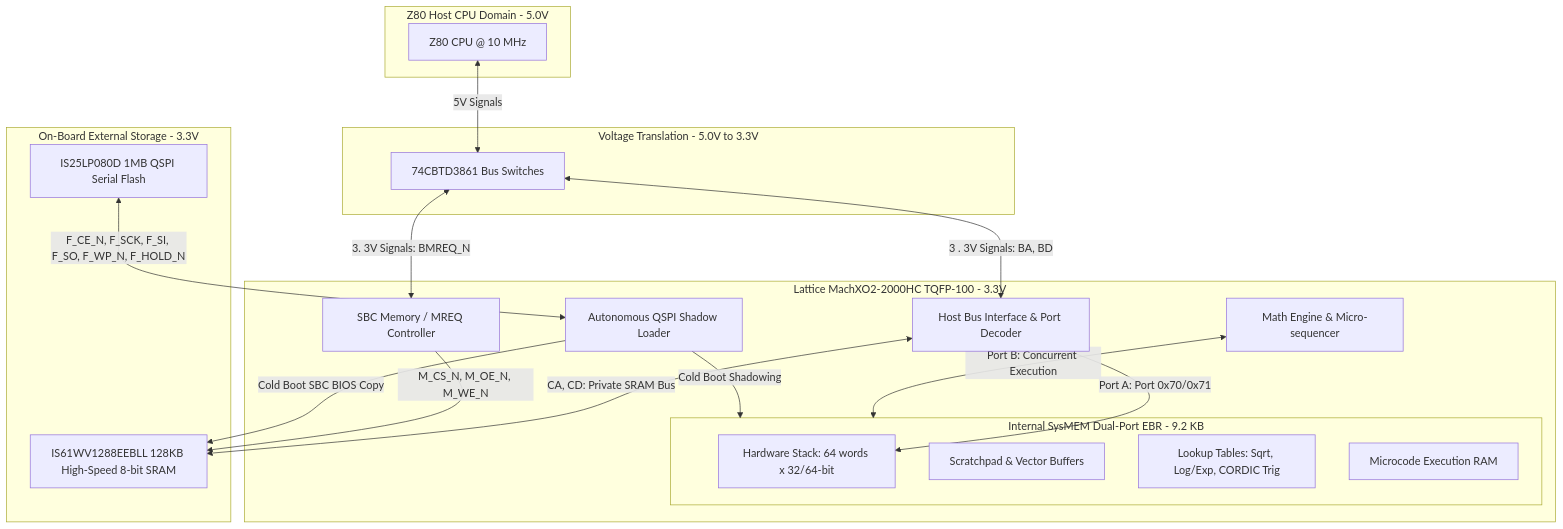
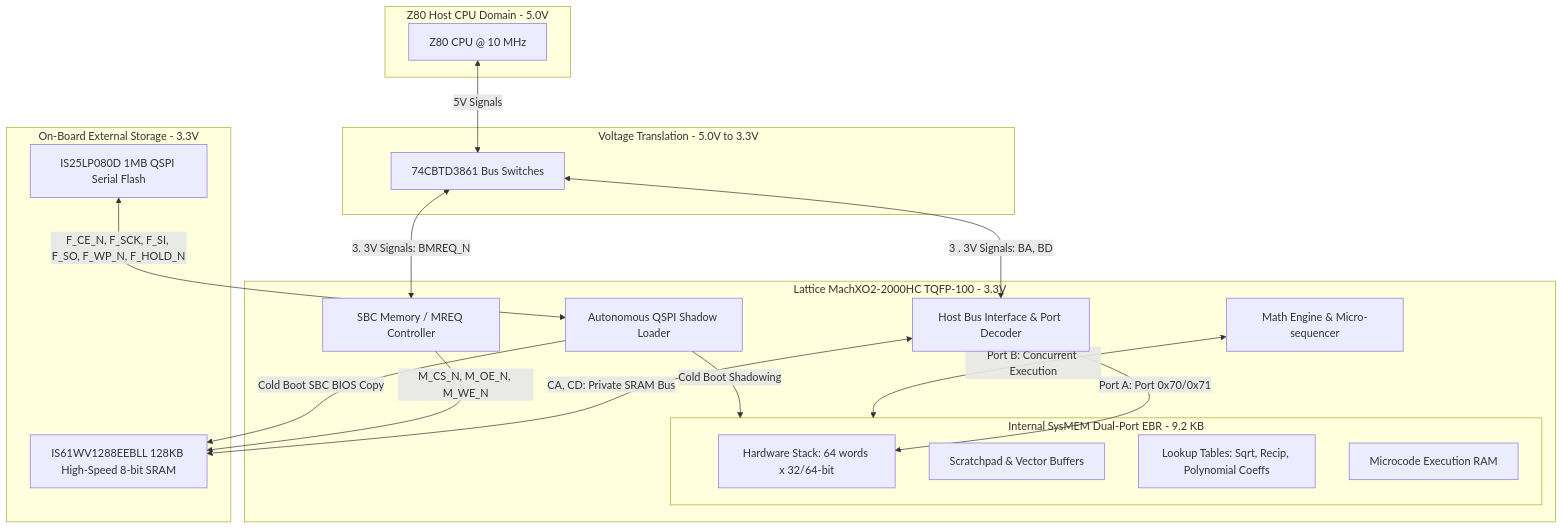
Before and after one commit to mmosko/Zx50_FPU: the diagram in FPU_REV2.md, drawn with Mermaid. The commit also changed other lines of this file and 10 other files, not shown here.

````diff
--- a/FPU_REV2.md
+++ b/FPU_REV2.md
@@ -20,39 +20,39 @@
 ```mermaid
 graph TD
 subgraph HostDomain [Z80 Host CPU Domain - 5.0V]
 Z80[Z80 CPU @ 10 MHz]
 end
 
 subgraph LevelShifters [Voltage Translation - 5.0V to 3.3V]
 CBT[74CBTD3861 Bus Switches]
 end
 
 subgraph FPGASubsystem [Lattice MachXO2-2000HC TQFP-100 - 3.3V]
 HostIF[Host Bus Interface & Port Decoder]
 MMU[SBC Memory / MREQ Controller]
 subgraph SysMEM [Internal SysMEM Dual-Port EBR - 9.2 KB]
 Stack[Hardware Stack: 64 words x 32/64-bit]
 Scratch[Scratchpad & Vector Buffers]
-LUTs[Lookup Tables: Sqrt, Log/Exp, CORDIC Trig]
+LUTs[Lookup Tables: Sqrt, Recip, Polynomial Coeffs]
 UCodeRAM[Microcode Execution RAM]
 end
 Core[Math Engine & Micro-sequencer]
 BootLdr[Autonomous QSPI Shadow Loader]
 end
 
 subgraph OnBoardMem [On-Board External Storage - 3.3V]
 ExtSRAM[IS61WV1288EEBLL 128KB High-Speed 8-bit SRAM]
 QSPI[IS25LP080D 1MB QSPI Serial Flash]
 end
 
 Z80 <-->|5V Signals|CBT
 CBT <-->|3 . 3V Signals: BA, BD|HostIF
 CBT <-->|3. 3V Signals: BMREQ_N|MMU
 HostIF <-->|CA, CD: Private SRAM Bus|ExtSRAM
 MMU -->|M_CS_N, M_OE_N, M_WE_N|ExtSRAM
 HostIF <-->|Port A: Port 0x70/0x71|Stack
 Core <-->|Port B: Concurrent Execution|SysMEM
 BootLdr -->|Cold Boot Shadowing|SysMEM
 BootLdr -->|Cold Boot SBC BIOS Copy|ExtSRAM
 QSPI <-->| F_CE_N, F_SCK, F_SI, F_SO, F_WP_N, F_HOLD_N|BootLdr
 ```
````
